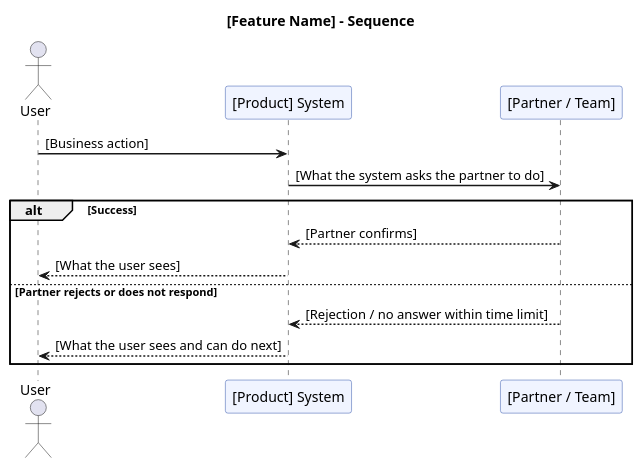
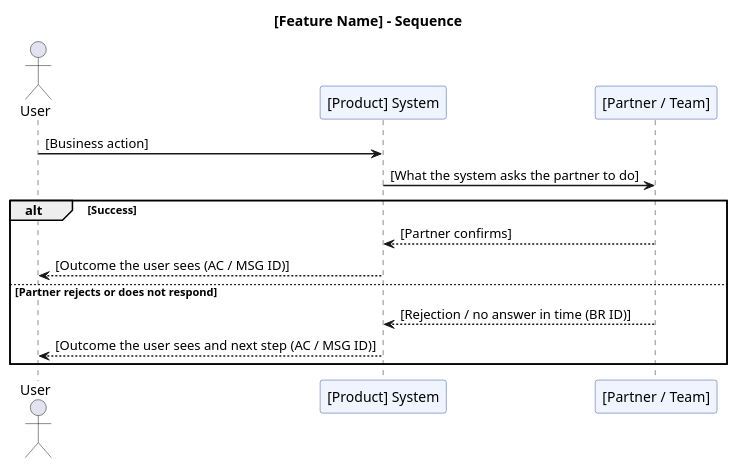
The second of 2 diagrams in knowledge-base/prd-template/diagram-writer/SKILL.md (Tuon-Tun/PRD_Vexere), drawn with PlantUML before and after one commit. The commit also changed other lines of this file and 13 other files, not shown here.

````diff
--- a/knowledge-base/prd-template/diagram-writer/SKILL.md
+++ b/knowledge-base/prd-template/diagram-writer/SKILL.md
@@ -195,24 +201,24 @@
 ```plantuml
 @startuml
 skinparam SequenceArrowThickness 1.5
 skinparam ParticipantBackgroundColor #f0f4ff
 skinparam ParticipantBorderColor #3355aa
 
 title [Feature Name] - Sequence
 
 actor User
 participant "[Product] System" as System
 participant "[Partner / Team]" as Partner
 
 User -> System: [Business action]
 System -> Partner: [What the system asks the partner to do]
 
 alt Success
   Partner --> System: [Partner confirms]
-  System --> User: [What the user sees]
+  System --> User: [Outcome the user sees (AC / MSG ID)]
 else Partner rejects or does not respond
-  Partner --> System: [Rejection / no answer within time limit]
-  System --> User: [What the user sees and can do next]
+  Partner --> System: [Rejection / no answer in time (BR ID)]
+  System --> User: [Outcome the user sees and next step (AC / MSG ID)]
 end
 @enduml
 ```
````
